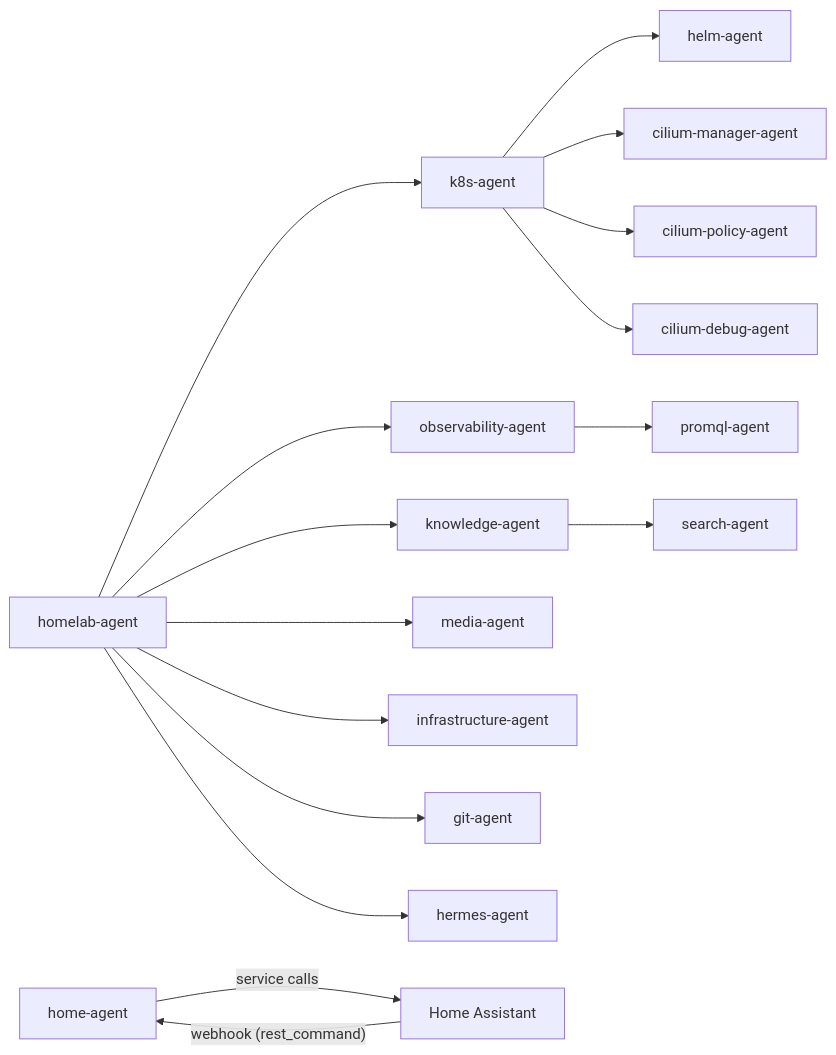
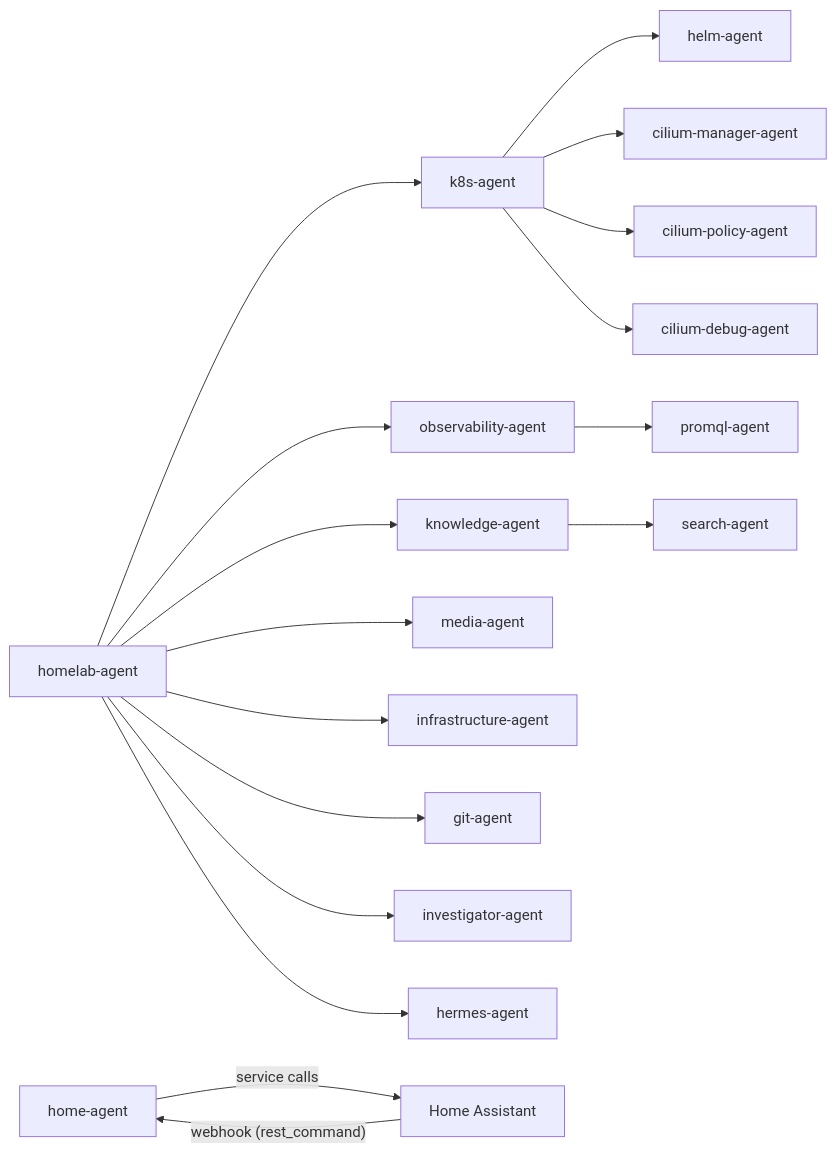
The diagram in flux/manifests/04-apps/artificial-intelligence/agents/README.md (Apocrathia/homelab), drawn with Mermaid before and after one commit. The commit also changed other lines of this file and 12 other files, not shown here.

````diff
--- a/flux/manifests/04-apps/artificial-intelligence/agents/README.md
+++ b/flux/manifests/04-apps/artificial-intelligence/agents/README.md
@@ -37,38 +38,40 @@
 ```mermaid
 flowchart LR
     H[homelab-agent]
     K8S[k8s-agent]
     HELM[helm-agent]
     CILIUM_MGR[cilium-manager-agent]
     OBS[observability-agent]
     PROMQL[promql-agent]
     KNOW[knowledge-agent]
     SEARCH[search-agent]
     MEDIA[media-agent]
     INFRA[infrastructure-agent]
     GIT[git-agent]
+    INV[investigator-agent]
     HERMES[hermes-agent]
     CILIUM_POLICY[cilium-policy-agent]
     CILIUM_DEBUG[cilium-debug-agent]
     HOME[home-agent]
     HA[Home Assistant]
 
     H --> K8S
     H --> OBS
     H --> MEDIA
     H --> INFRA
     H --> GIT
     H --> KNOW
+    H --> INV
     H --> HERMES
 
     K8S --> HELM
     K8S --> CILIUM_MGR
     K8S --> CILIUM_POLICY
     K8S --> CILIUM_DEBUG
 
     KNOW --> SEARCH
     OBS --> PROMQL
 
     HA -->|"webhook (rest_command)"| HOME
     HOME -->|"service calls"| HA
 ```
````
